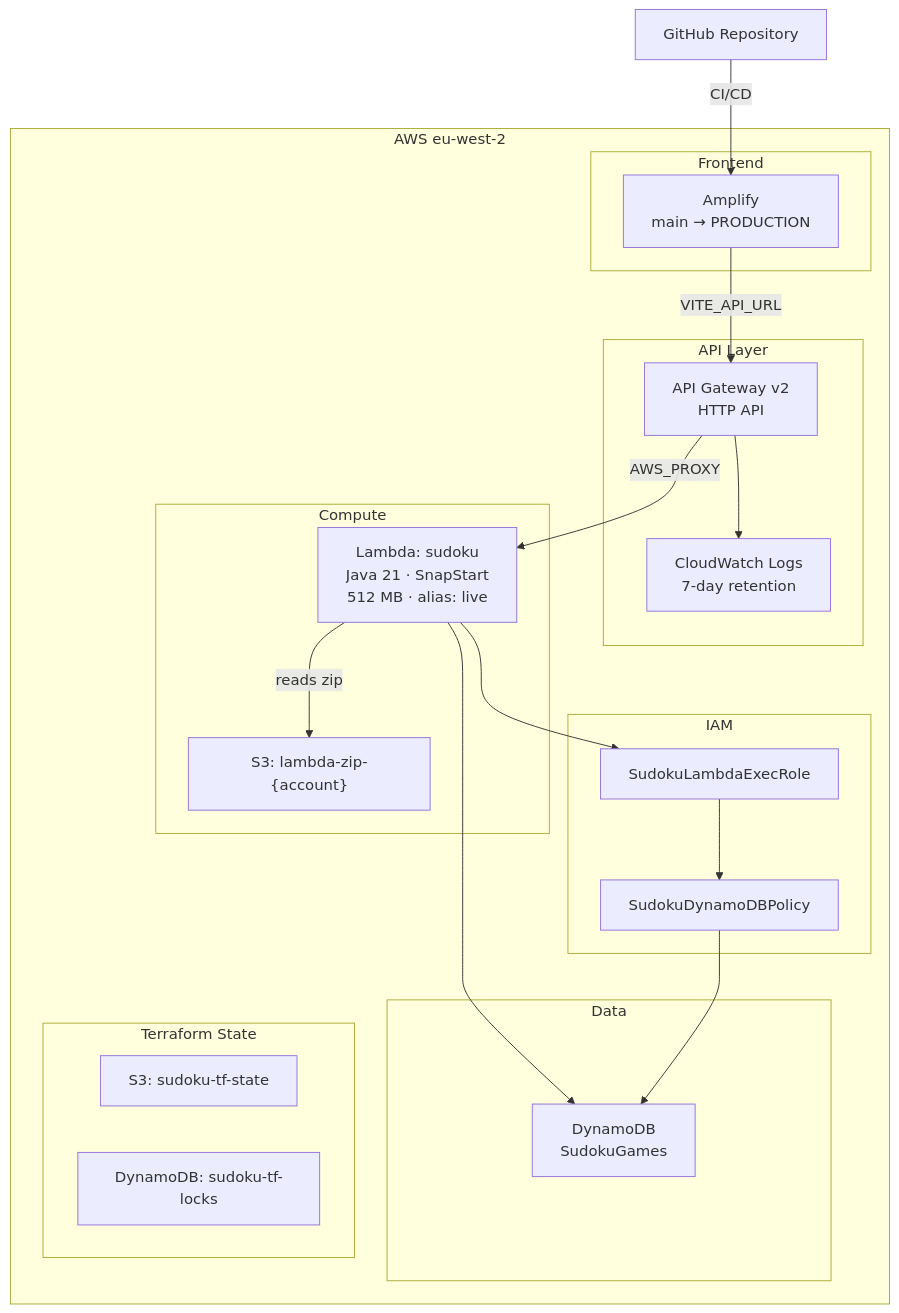
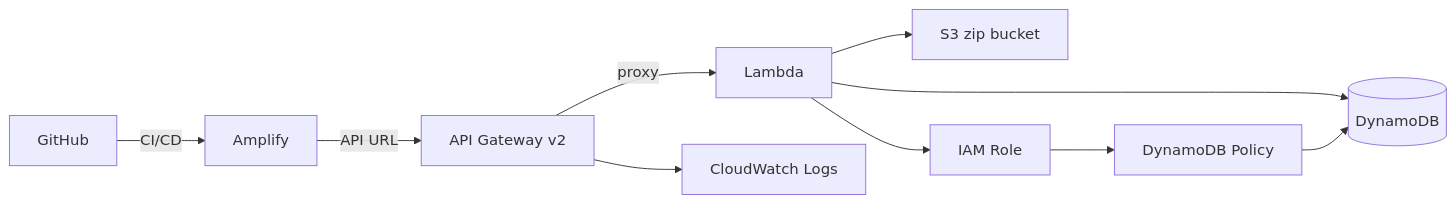
The diagram in infra/README.md (edoatley/sudoku-app), drawn with Mermaid before and after one commit.

Commit message:
Simplify architecture diagram to fit GitHub renderer
Replace subgraph-heavy multi-line diagram with a compact flat flowchart
so all nodes render fully without clipping.

````diff
--- a/infra/README.md
+++ b/infra/README.md
@@ -9,44 +9,12 @@
 ```mermaid
-flowchart TD
-    GH[GitHub Repository]
-
-    subgraph AWS["AWS eu-west-2"]
-        subgraph Frontend
-            AMP[Amplify\nmain → PRODUCTION]
-        end
-
-        subgraph API["API Layer"]
-            APIGW[API Gateway v2\nHTTP API]
-            CWL[CloudWatch Logs\n7-day retention]
-        end
-
-        subgraph Compute
-            LAM[Lambda: sudoku\nJava 21 · SnapStart\n512 MB · alias: live]
-            S3Z["S3: lambda-zip-{account}"]
-        end
-
-        subgraph Data
-            DDB[DynamoDB\nSudokuGames]
-        end
-
-        subgraph IAM
-            ROLE[SudokuLambdaExecRole]
-            POL[SudokuDynamoDBPolicy]
-        end
-
-        subgraph State["Terraform State"]
-            S3S[S3: sudoku-tf-state]
-            DDBL[DynamoDB: sudoku-tf-locks]
-        end
-    end
-
-    GH -->|CI/CD| AMP
-    AMP -->|VITE_API_URL| APIGW
-    APIGW -->|AWS_PROXY| LAM
-    APIGW --> CWL
-    LAM -->|reads zip| S3Z
-    LAM --> DDB
-    LAM --> ROLE
-    ROLE --> POL
+flowchart LR
+    GH[GitHub] -->|CI/CD| AMP[Amplify]
+    AMP -->|API URL| APIGW[API Gateway v2]
+    APIGW -->|proxy| LAM[Lambda]
+    APIGW --> CWL[CloudWatch Logs]
+    LAM --> S3Z[S3 zip bucket]
+    LAM --> DDB[(DynamoDB)]
+    LAM --> ROLE[IAM Role]
+    ROLE --> POL[DynamoDB Policy]
     POL --> DDB
 ```
````
